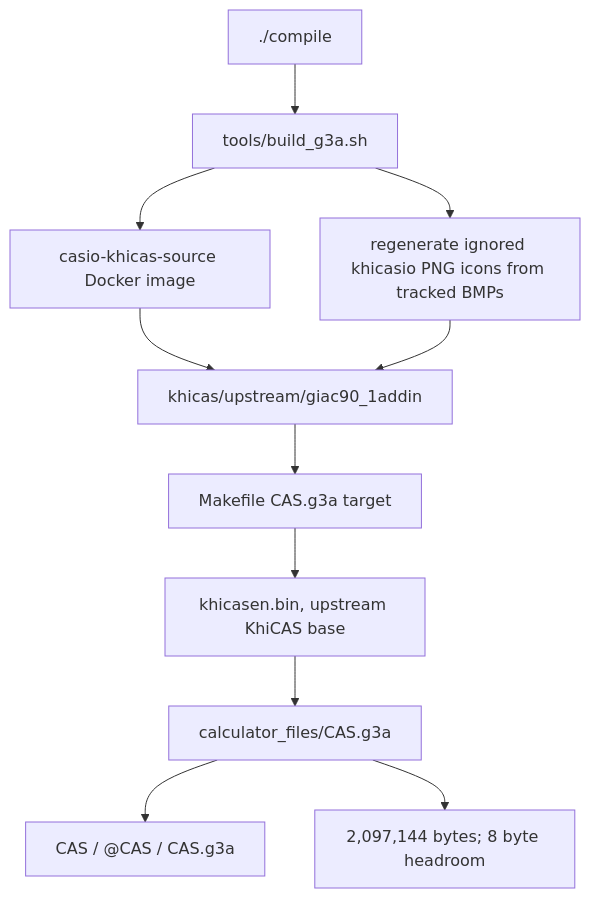
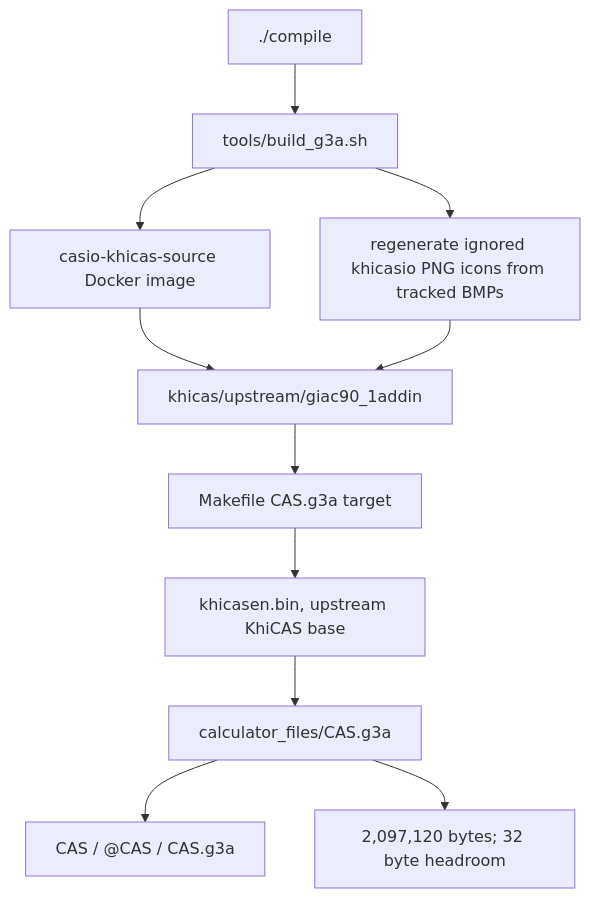
One commit to james8464/notes-addin-casio-fx-cg50 changed the first of 6 diagrams in docs/GRAPH.md. Above: the diagram before and after it, drawn with Mermaid. The commit also changed other lines of this file and 4 other files, not shown here.

````diff
--- a/docs/GRAPH.md
+++ b/docs/GRAPH.md
@@ -7,13 +7,13 @@
 ```mermaid
 graph TD
   Compile["./compile"] --> Build["tools/build_g3a.sh"]
   Build --> Docker["casio-khicas-source Docker image"]
   Docker --> Src["khicas/upstream/giac90_1addin"]
   Build --> Icons["regenerate ignored khicasio PNG icons from tracked BMPs"]
   Icons --> Src
   Src --> Make["Makefile CAS.g3a target"]
   Make --> Bin["khicasen.bin, upstream KhiCAS base"]
   Bin --> G3A["calculator_files/CAS.g3a"]
   G3A --> Meta["CAS / @CAS / CAS.g3a"]
-  G3A --> Size["2,097,144 bytes; 8 byte headroom"]
+  G3A --> Size["2,097,120 bytes; 32 byte headroom"]
 ```
````
